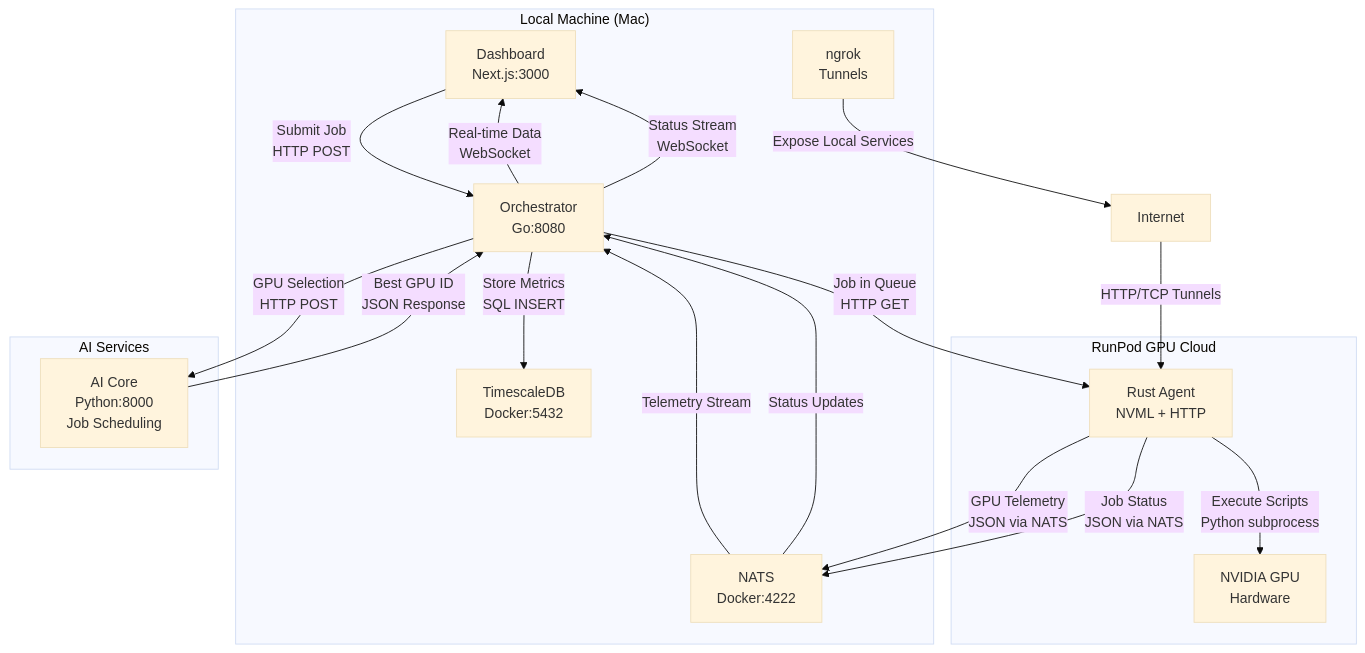
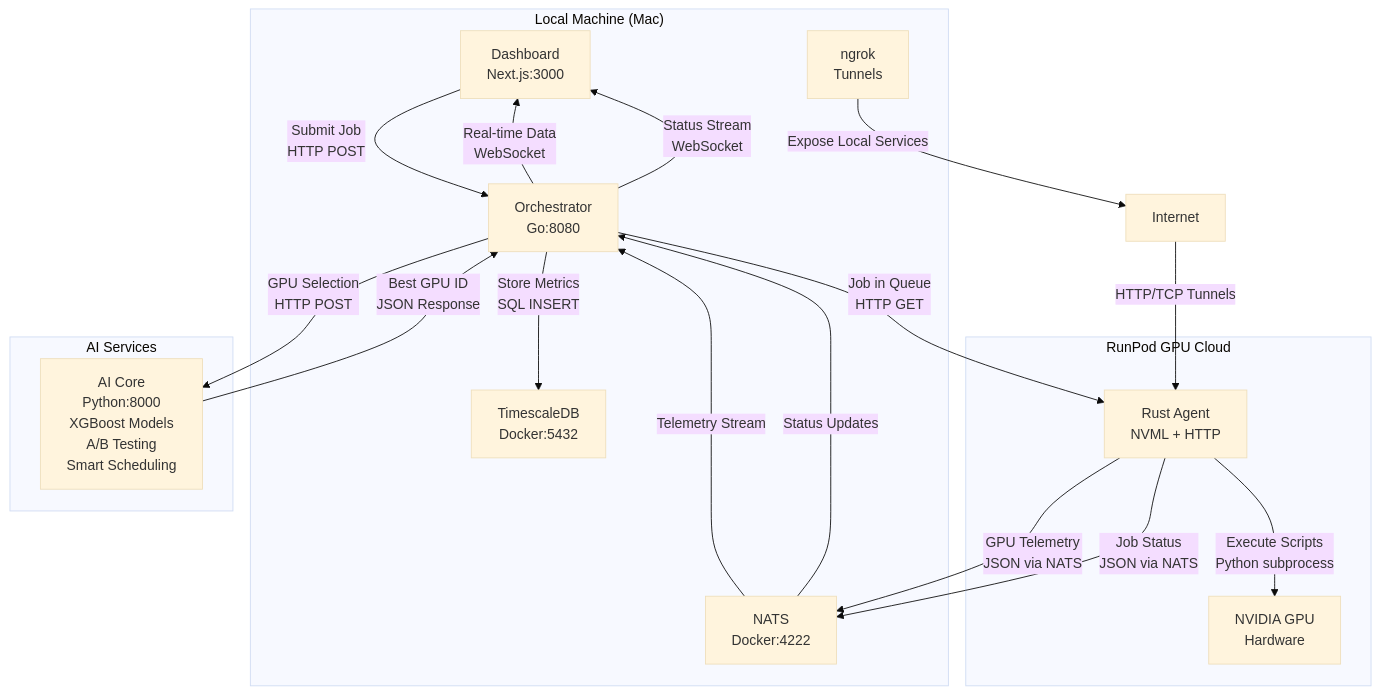
Before and after one commit to nishantraghuvanshi/nebula-aether: the diagram in SYSTEM_OVERVIEW.md, drawn with Mermaid (base theme). The commit also changed other lines of this file and 8 other files, not shown here.

````diff
--- a/SYSTEM_OVERVIEW.md
+++ b/SYSTEM_OVERVIEW.md
@@ -47,37 +50,37 @@
 ```mermaid
 graph TD
     subgraph "Local Machine (Mac)"
         A[Dashboard<br/>Next.js:3000]
         B[Orchestrator<br/>Go:8080]
         C[NATS<br/>Docker:4222]
         D[TimescaleDB<br/>Docker:5432]
         E[ngrok<br/>Tunnels]
     end
 
     subgraph "RunPod GPU Cloud"
         F[Rust Agent<br/>NVML + HTTP]
         G[NVIDIA GPU<br/>Hardware]
     end
 
     subgraph "AI Services"
-        H[AI Core<br/>Python:8000<br/>Job Scheduling]
+        H[AI Core<br/>Python:8000<br/>XGBoost Models<br/>A/B Testing<br/>Smart Scheduling]
     end
 
     %% Data Flows
     F -->|GPU Telemetry<br/>JSON via NATS| C
     C -->|Telemetry Stream| B
     B -->|Store Metrics<br/>SQL INSERT| D
     B -->|Real-time Data<br/>WebSocket| A
     A -->|Submit Job<br/>HTTP POST| B
     B -->|GPU Selection<br/>HTTP POST| H
     H -->|Best GPU ID<br/>JSON Response| B
     B -->|Job in Queue<br/>HTTP GET| F
     F -->|Job Status<br/>JSON via NATS| C
     C -->|Status Updates| B
     B -->|Status Stream<br/>WebSocket| A
     F -->|Execute Scripts<br/>Python subprocess| G
 
     %% Network
     E -->|Expose Local Services| Internet
     Internet -->|HTTP/TCP Tunnels| F
 ```
````
